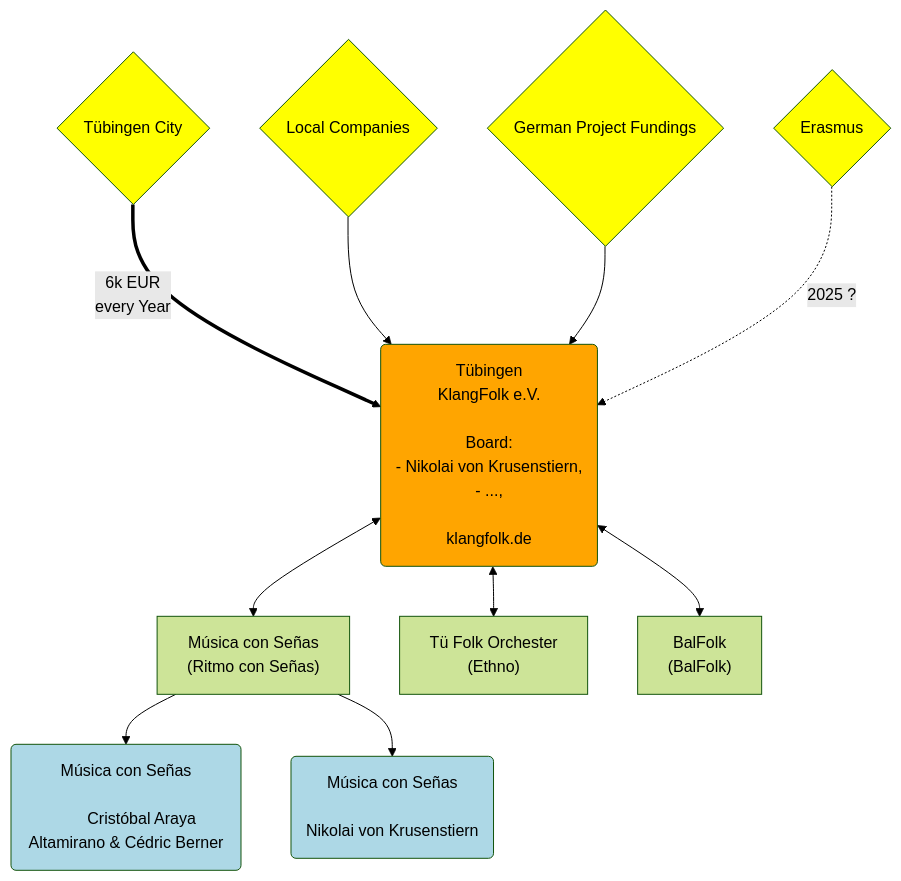
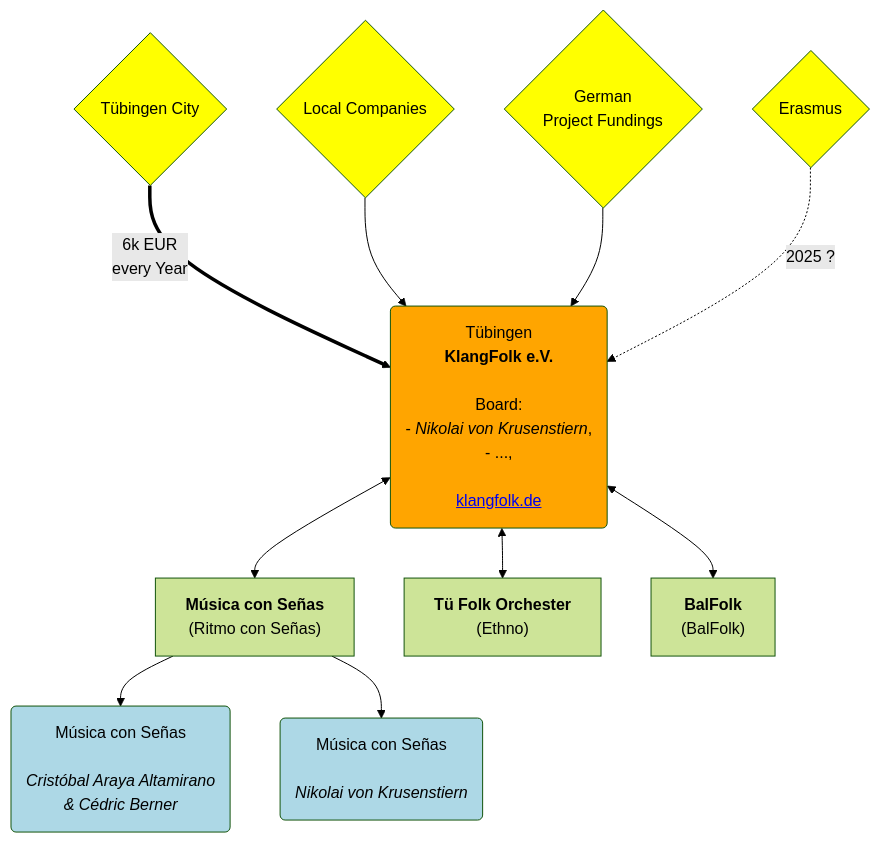
Before and after one commit to Ritmo-con-Senas/orgcharts: the second of 2 diagrams in README.md, drawn with Mermaid.

Commit message:
add links

````diff
--- a/README.md
+++ b/README.md
@@ -79,49 +79,50 @@
 ```mermaid
 %%{init: {'theme':'forest'}}%%
 flowchart TD
     E{Erasmus}
 
     TUE{Tübingen City}
 
-    P{German Project Fundings}
+    P{German<br>Project Fundings}
 
     TUE_LOC{Local Companies}
     
-    KF(Tübingen<br>KlangFolk e.V.<br>
-    Board:<br>- Nikolai von Krusenstiern,<br>- ...,<br>
-    klangfolk.de)
+    KF(Tübingen<br><b>KlangFolk e.V.</b><br>
+    Board:<br>- <i>Nikolai von Krusenstiern</i>,<br>- ...,<br>
+    <a href="https://klangfolk.de" target="_blank">klangfolk.de</a>)
 
     TUE ==> |6k EUR<br>every Year| KF
     TUE_LOC --> KF
     P --> KF
     E -.-> |2025 ?| KF
 
-    MCS["Música con Señas<br>(Ritmo con Señas)"]
-    TF["Tü Folk Orchester<br>(Ethno)"]
-    BF["BalFolk<br>(BalFolk)"]
+    MCS["<b>Música con Señas</b><br>(Ritmo con Señas)"]
+    TF["<b>Tü Folk Orchester</b><br>(Ethno)"]
+    BF["<b>BalFolk</b><br>(BalFolk)"]
 
     KF <--> MCS
     KF <--> TF
     KF <--> BF
 
     MCS_1(Música con Señas<br>
-        Cristóbal Araya Altamirano & Cédric Berner)
+        <i>Cristóbal Araya Altamirano 
+        & Cédric Berner<i>)
 
     MCS_2(Música con Señas<br>
-        Nikolai von Krusenstiern)    
+        <i>Nikolai von Krusenstiern</i>)    
     
     MCS --> MCS_1
     MCS --> MCS_2
 
 %%    linkStyle 11 stroke-width:4px,stroke:blue
 
     classDef BLUE fill:lightblue
     classDef YEL fill:yellow
     classDef BLU fill:skyblue
     classDef ORA fill:orange
 
     class rcs,MCS_1,MCS_2,DA_MCS,B_P,B_R BLUE
     class x BLU
     class E,TUE,TUE_LOC,P YEL
     class KF ORA
 ```
````
